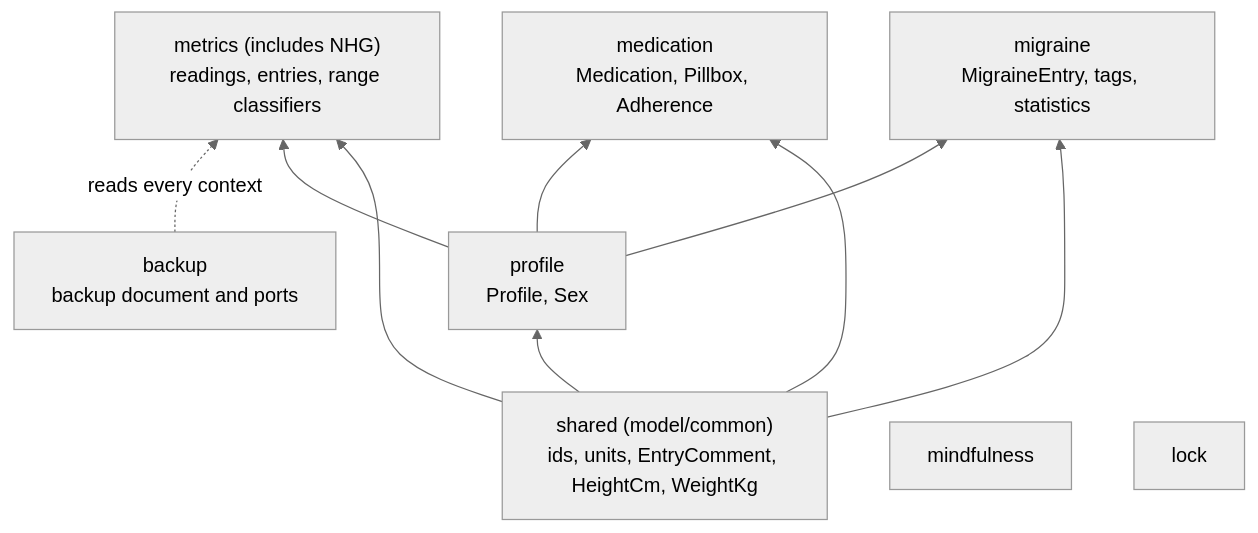
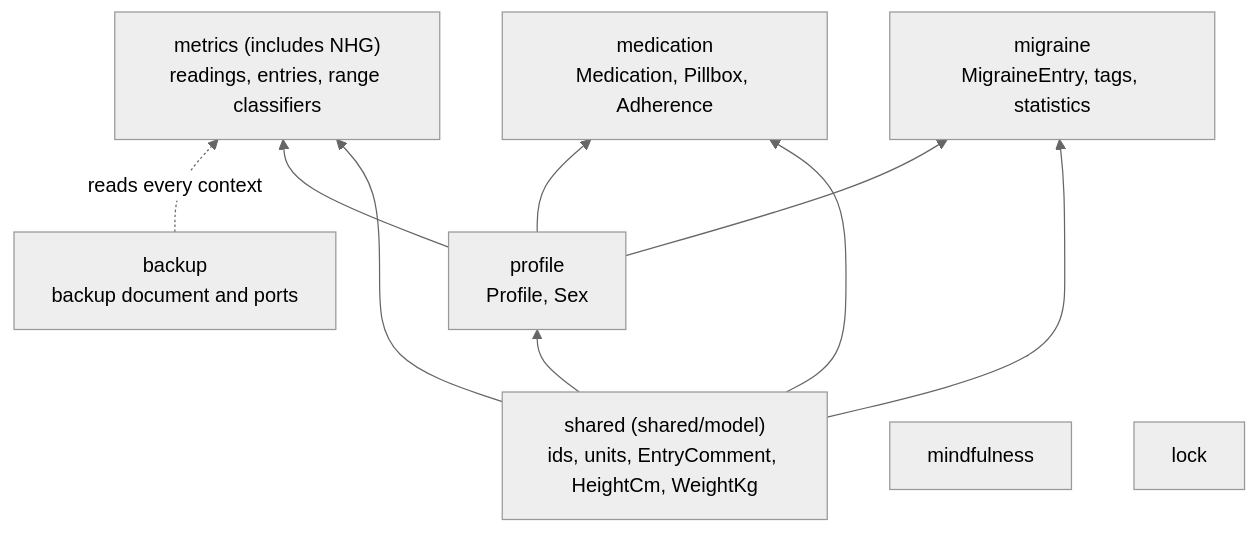
The diagram in docs/dev/context-map.md (mannetje/health_journal), drawn with Mermaid (neutral theme) before and after one commit. The commit also changed other lines of this file and 396 other files, not shown here.

````diff
--- a/docs/dev/context-map.md
+++ b/docs/dev/context-map.md
@@ -7,19 +7,19 @@
 ```mermaid
 flowchart BT
-    SHARED["shared (model/common)<br/>ids, units, EntryComment, HeightCm, WeightKg"]
+    SHARED["shared (shared/model)<br/>ids, units, EntryComment, HeightCm, WeightKg"]
     PROFILE["profile<br/>Profile, Sex"]
     METRICS["metrics (includes NHG)<br/>readings, entries, range classifiers"]
     MED["medication<br/>Medication, Pillbox, Adherence"]
     MIG["migraine<br/>MigraineEntry, tags, statistics"]
     BACKUP["backup<br/>backup document and ports"]
     MIND["mindfulness"]
     LOCK["lock"]
     SHARED --> PROFILE
     SHARED --> METRICS
     SHARED --> MED
     SHARED --> MIG
     PROFILE --> METRICS
     PROFILE --> MED
     PROFILE --> MIG
     BACKUP -.reads every context.-> METRICS
 ```
````
